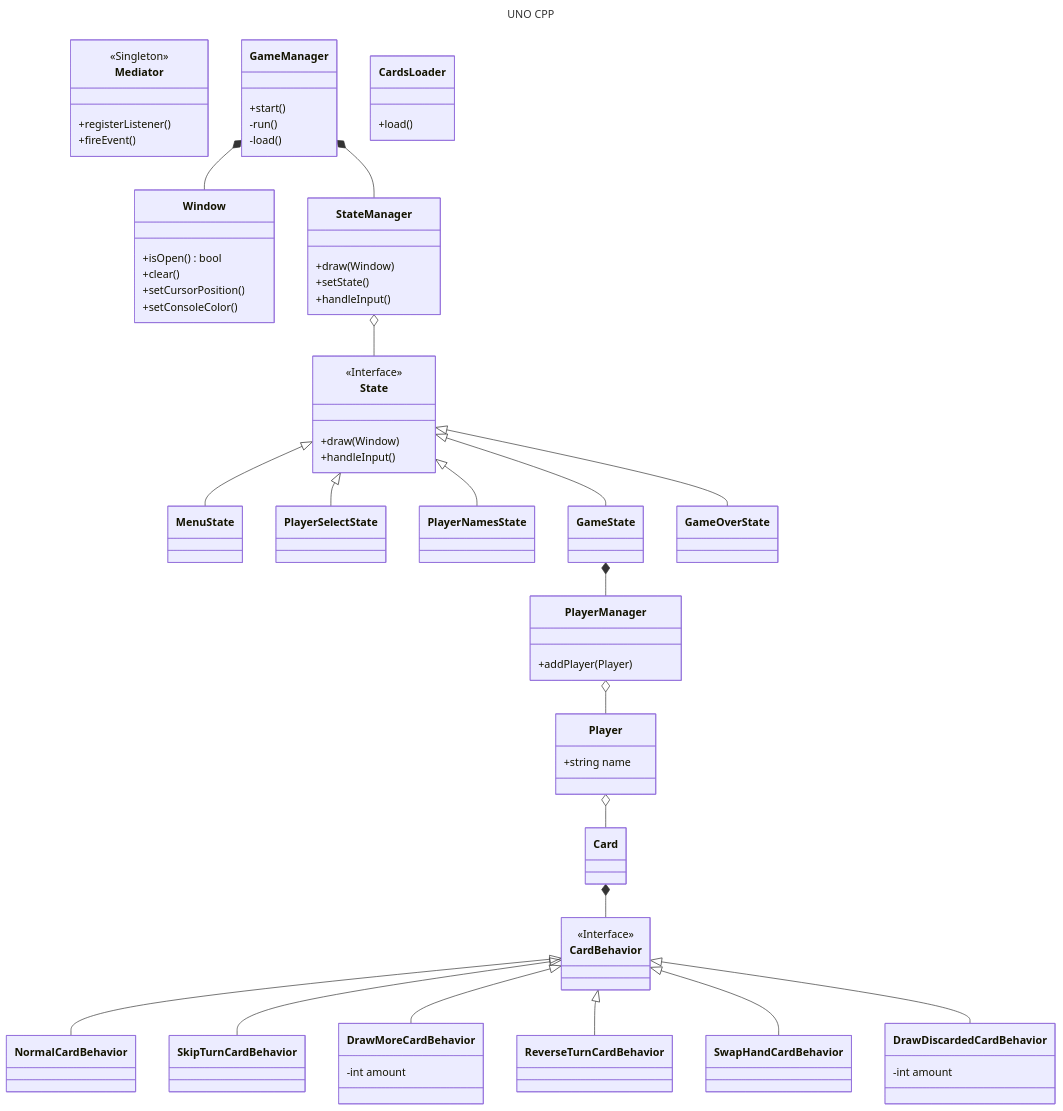
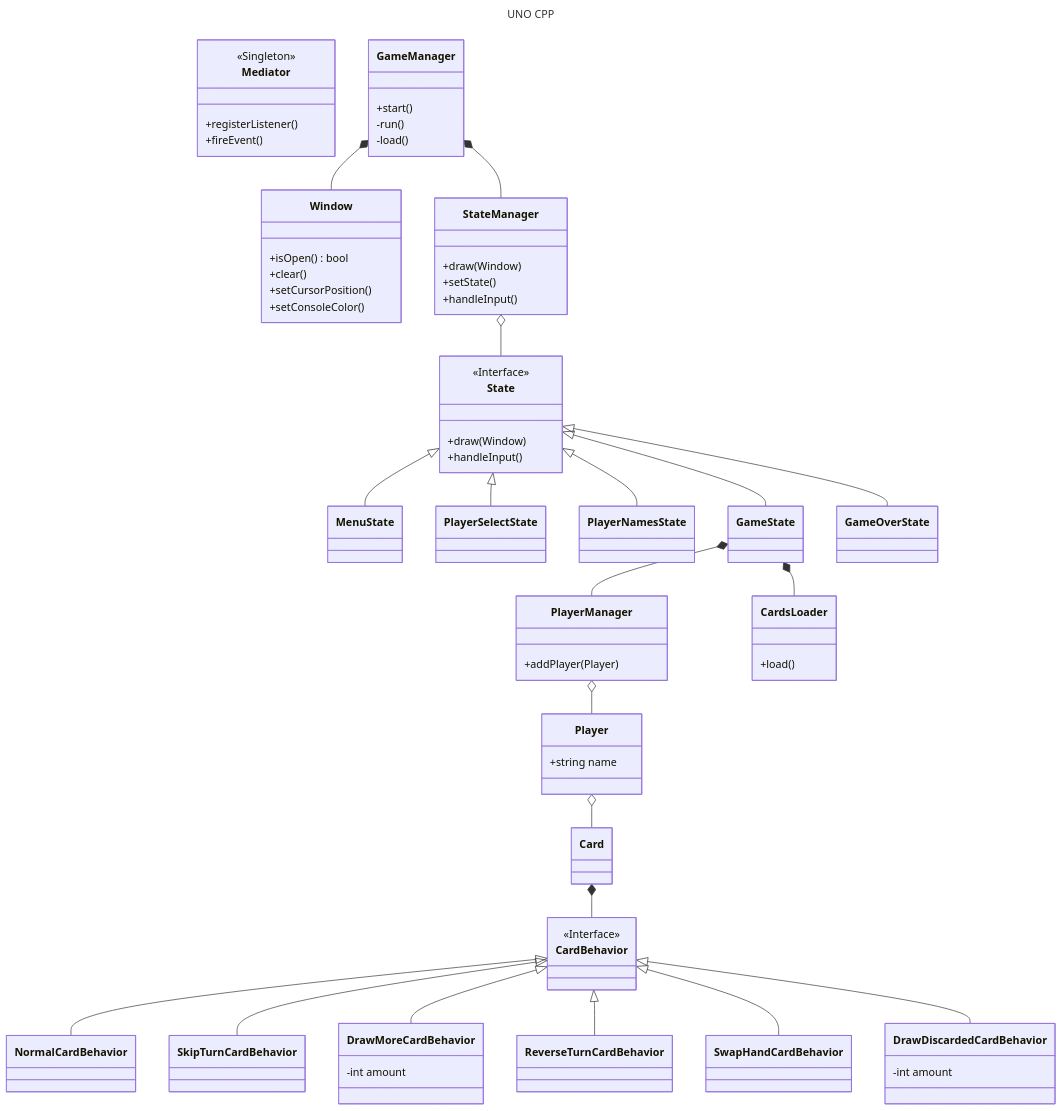
Before and after one commit to rafael-f/simpleunocpp: the diagram in README.md, drawn with Mermaid.

```diff
--- a/README.md
+++ b/README.md
@@ -19,40 +19,41 @@
         -load()
     }
 
-	GameManager *-- Window
+    GameManager *-- Window
     GameManager *-- StateManager
 
     class Window {
         +isOpen() bool
         +clear()
-		+setCursorPosition()
-		+setConsoleColor()
+	+setCursorPosition()
+	+setConsoleColor()
     }
 
     class StateManager {
         +draw(Window)
-		+setState()
-		+handleInput()
+	+setState()
+	+handleInput()
     }
 	
-	StateManager o-- State
+    StateManager o-- State
 
     class State {
         <<Interface>>
         +draw(Window)
-		+handleInput()
+	+handleInput()
     }
 
-	State <|-- MenuState
+    State <|-- MenuState
     State <|-- PlayerSelectState
-	State <|-- PlayerNamesState
-	State <|-- GameState
+    State <|-- PlayerNamesState
+    State <|-- GameState
     State <|-- GameOverState
 	
     class GameState {
     }
 
     GameState *-- PlayerManager
+    GameState *-- CardsLoader
 
     class CardsLoader {
         +load()
```
